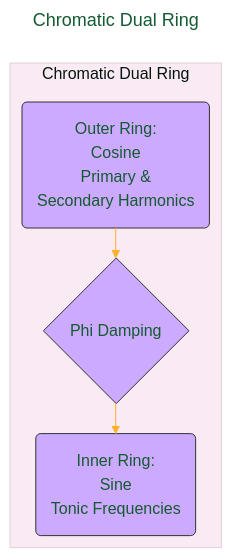
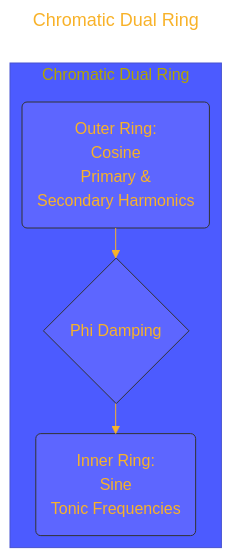
The sixth of 10 diagrams in Quantum_Harmonic_Atomic_Model/Quantum_Harmonic_Atomic_Model_Draft_6.md (CongLeSolutionX/Harmonic_Atomica), drawn with Mermaid before and after one commit. The commit also changed other lines of this file and 1 other file, not shown here.

````diff
--- a/Quantum_Harmonic_Atomic_Model/Quantum_Harmonic_Atomic_Model_Draft_6.md
+++ b/Quantum_Harmonic_Atomic_Model/Quantum_Harmonic_Atomic_Model_Draft_6.md
@@ -268,41 +268,41 @@
 ```mermaid
 ---
 title: "Chromatic Dual Ring"
 author: "Cong Le"
 version: "1.0"
 license(s): "MIT, CC BY 4.0"
 copyright: "Copyright (c) 2025 Cong Le. All Rights Reserved."
 config:
   layout: elk
   theme: base
 ---
 %%%%%%%% Mermaid version v11.4.1-b.14
 %%%%%%%% Available curve styles include the following keywords:
 %% basis, bumpX, bumpY, cardinal, catmullRom, linear, monotoneX, monotoneY, natural, step, stepAfter, stepBefore.
 %%{
   init: {
-    'flowchart': { 'htmlLabels': false, 'curve': 'linear' },
+    'flowchart': { 'htmlLabels': true, 'curve': 'linear' },
     'fontFamily': 'Monaco',
     'themeVariables': {
-      'primaryColor': '#D5F5E3',
-      'primaryTextColor': '#145A32',
+      'primaryColor': '#FE3',
+      'primaryTextColor': '#F8B229',
       'lineColor': '#F8B229',
       'primaryBorderColor': '#27AE60',
       'secondaryColor': '#EBDEF0',
       'secondaryTextColor': '#6C3483',
       'secondaryBorderColor': '#A569BD'
     }
   }
 }%%
-graph LR
+flowchart LR
 	subgraph Chromatic_Ring["Chromatic Dual Ring"]
 	direction TB
 		A("Outer Ring:<br/>Cosine<br>Primary &<br/> Secondary Harmonics") --> B{"Phi Damping"}
 		B --> C("Inner Ring:<br/>Sine<br>Tonic Frequencies")
 	end
 	
-	style A fill:#caf,stroke:#333,stroke-width:1px
-	style B fill:#caf,stroke:#333,stroke-width:1px
-	style C fill:#caf,stroke:#333,stroke-width:1px
+	style A fill:#caf2,stroke:#333,stroke-width:1px
+	style B fill:#caf2,stroke:#333,stroke-width:1px
+	style C fill:#caf2,stroke:#333,stroke-width:1px
 	
 ```
````
